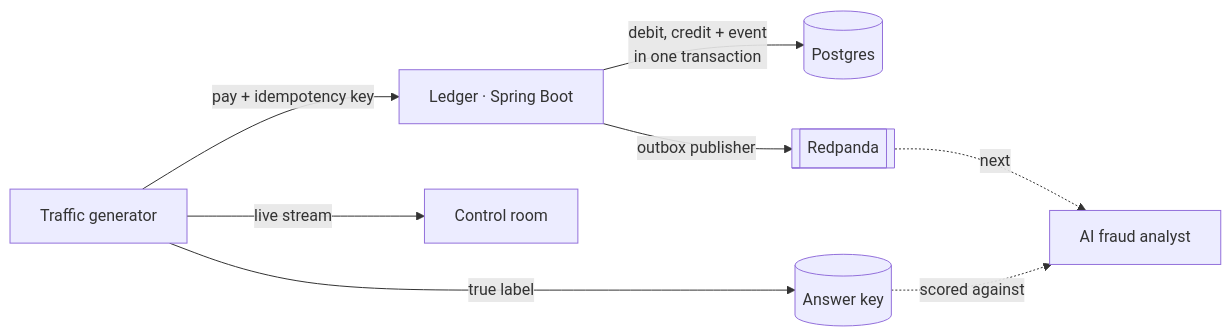
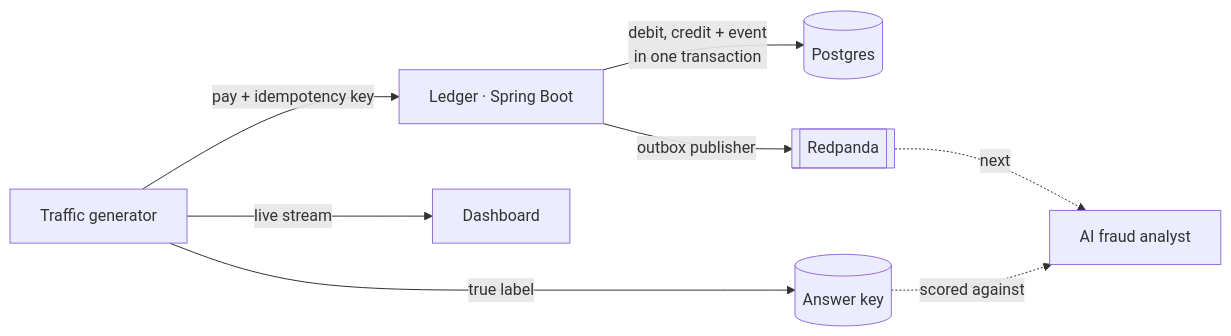
The first of 3 diagrams in README.md (KevST14/KevST14), drawn with Mermaid before and after one commit. The commit also changed other lines of this file, not shown here.

````diff
--- a/README.md
+++ b/README.md
@@ -71,10 +73,10 @@
 ```mermaid
 flowchart LR
     G[Traffic generator] -->|pay + idempotency key| L[Ledger · Spring Boot]
     L -->|debit, credit + event<br/>in one transaction| P[(Postgres)]
     L -->|outbox publisher| R[[Redpanda]]
     G -->|true label| K[(Answer key)]
-    G -->|live stream| D[Control room]
+    G -->|live stream| D[Dashboard]
     R -.->|next| A[AI fraud analyst]
     K -.->|scored against| A
 ```
````
